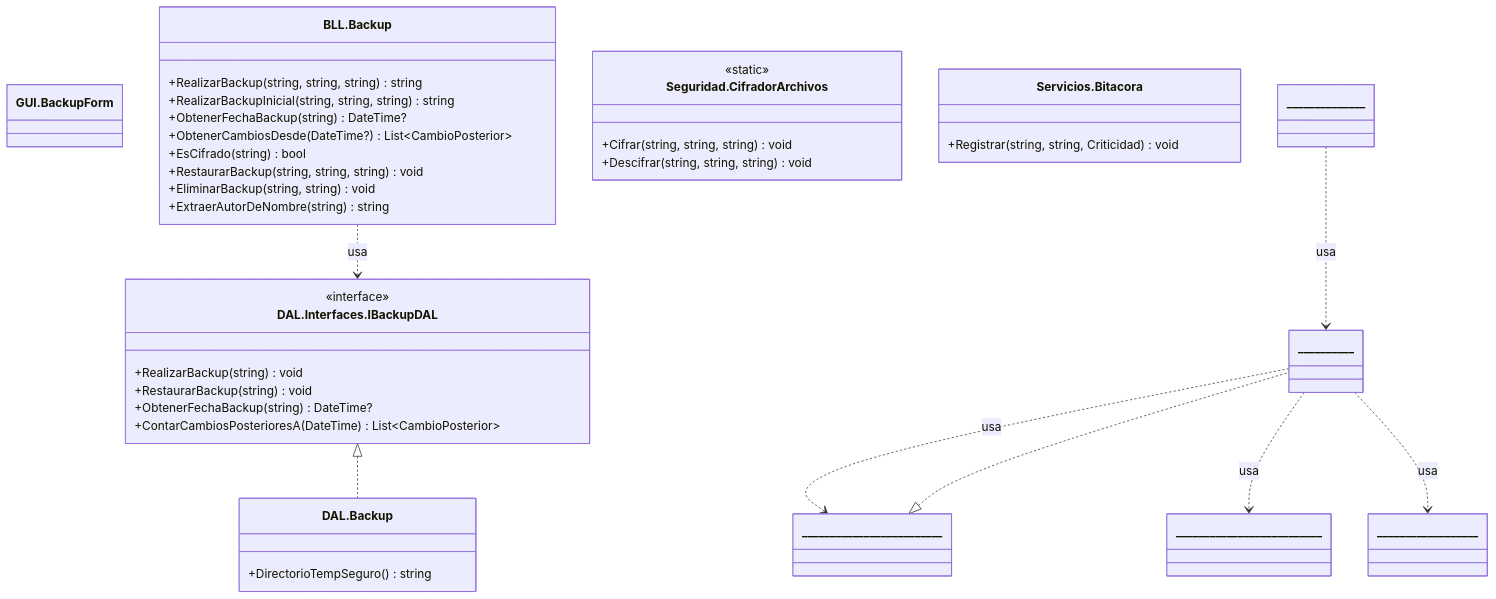
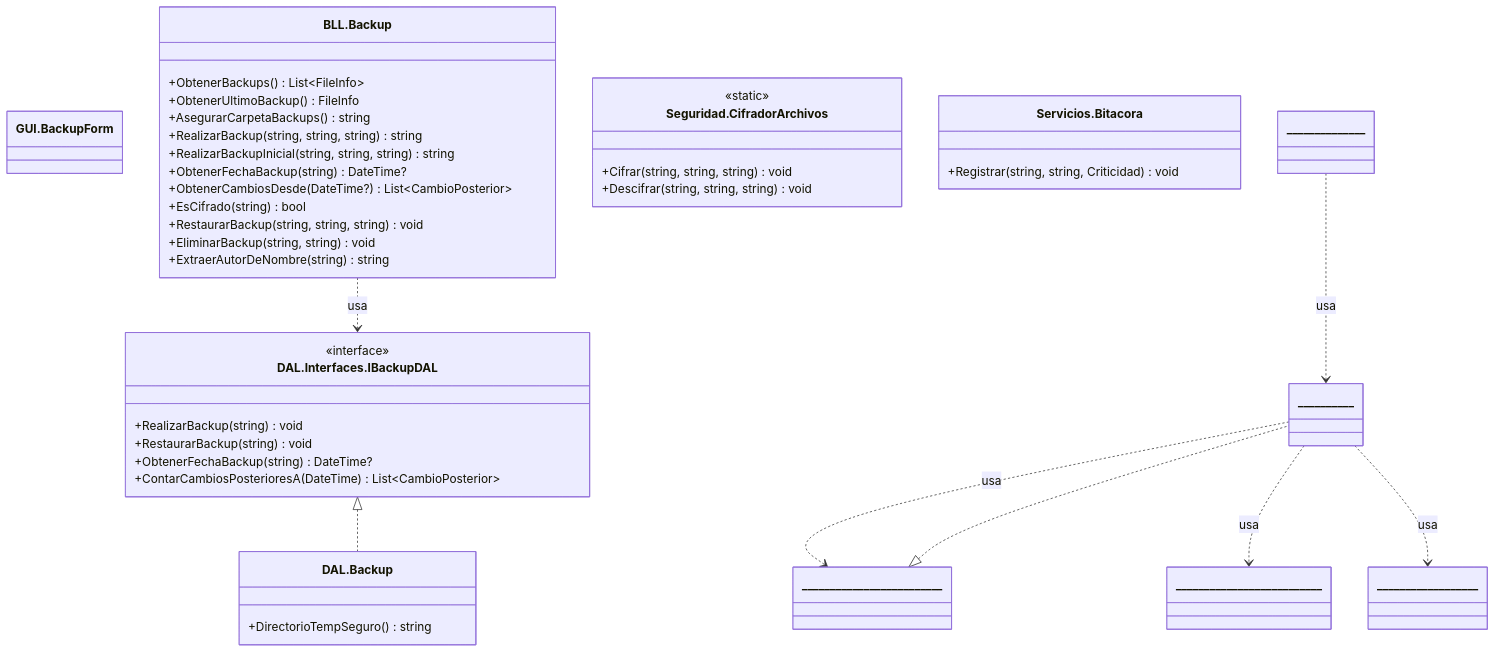
One commit to valentinamorana/Trabajo-de-Diploma changed the diagram in docs/diagramas/mermaid/CLASES_T08_backup.mmd. Above: the diagram before and after it, drawn with Mermaid. The commit also changed 407 other files, not shown here.

```diff
--- a/docs/diagramas/mermaid/CLASES_T08_backup.mmd
+++ b/docs/diagramas/mermaid/CLASES_T08_backup.mmd
@@ -1,39 +1,42 @@
 classDiagram
   direction TB
   class GUI_BackupForm["GUI.BackupForm"] {
   }
   class BLL_Backup["BLL.Backup"] {
+    +ObtenerBackups() List~FileInfo~
+    +ObtenerUltimoBackup() FileInfo
+    +AsegurarCarpetaBackups() string
     +RealizarBackup(string,  string,  string) string
     +RealizarBackupInicial(string,  string,  string) string
     +ObtenerFechaBackup(string) DateTime?
     +ObtenerCambiosDesde(DateTime?) List~CambioPosterior~
     +EsCifrado(string) bool
     +RestaurarBackup(string,  string,  string) void
     +EliminarBackup(string,  string) void
     +ExtraerAutorDeNombre(string) string
   }
   class DAL_Interfaces_IBackupDAL["DAL.Interfaces.IBackupDAL"] {
     <<interface>>
     +RealizarBackup(string) void
     +RestaurarBackup(string) void
     +ObtenerFechaBackup(string) DateTime?
     +ContarCambiosPosterioresA(DateTime) List~CambioPosterior~
   }
   class DAL_Backup["DAL.Backup"] {
     +DirectorioTempSeguro() string
   }
   class Seguridad_CifradorArchivos["Seguridad.CifradorArchivos"] {
     <<static>>
     +Cifrar(string,  string,  string) void
     +Descifrar(string,  string,  string) void
   }
   class Servicios_Bitacora["Servicios.Bitacora"] {
     +Registrar(string,  string,  Criticidad) void
   }
   BLL_Backup ..> DAL_Interfaces_IBackupDAL : usa
   DAL_Interfaces_IBackupDAL <|.. DAL_Backup
   ______________ ..> __________ : usa
   __________ ..> _________________________ : usa
   __________ ..> __________________________ : usa
   __________ ..> __________________ : usa
   _________________________ <|.. __________
```
